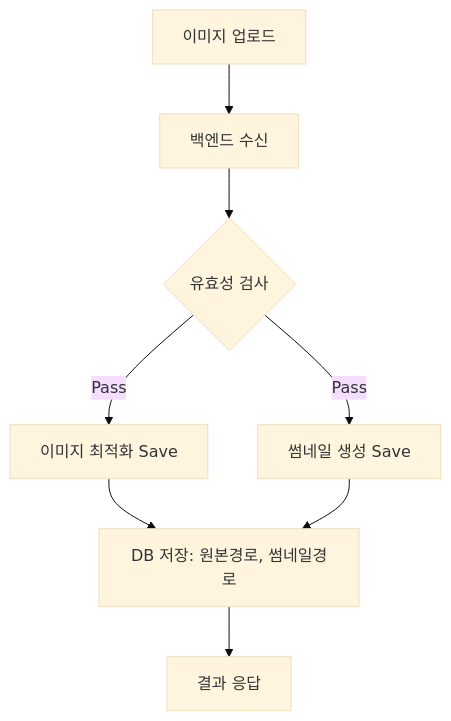
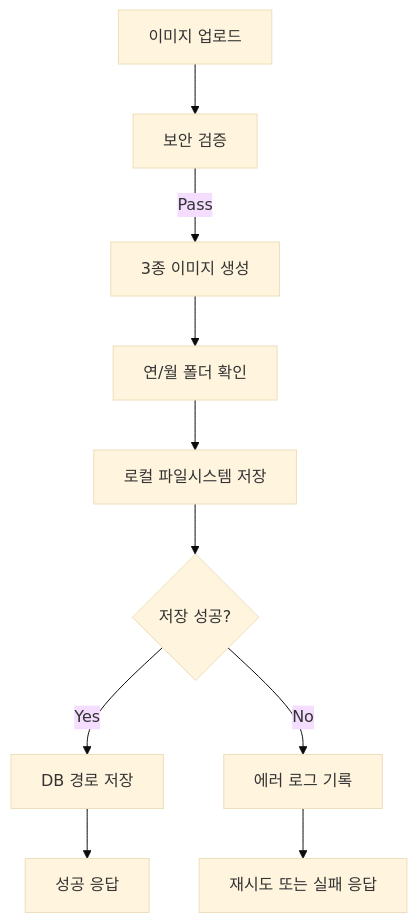
Before and after one commit to usermaum/Themoon: the diagram in Documents/Planning/IMAGE_OPTIMIZATION_PLAN.md, drawn with Mermaid (base theme). The commit also changed other lines of this file and 16 other files, not shown here.

Commit message:
feat: 이미지 최적화 및 계층형 로컬 저장 시스템 구현 (Phase 1)

````diff
--- a/Documents/Planning/IMAGE_OPTIMIZATION_PLAN.md
+++ b/Documents/Planning/IMAGE_OPTIMIZATION_PLAN.md
@@ -35,10 +200,12 @@
 ```mermaid
 graph TD
-    A[이미지 업로드] --> B[백엔드 수신]
-    B --> C{유효성 검사}
-    C -- Pass --> D[이미지 최적화 Save]
-    C -- Pass --> E[썸네일 생성 Save]
-    D --> F[DB 저장: 원본경로, 썸네일경로]
-    E --> F
-    F --> G[결과 응답]
+    A[이미지 업로드] --> B[보안 검증]
+    B -- Pass --> C[3종 이미지 생성]
+    C --> D[연/월 폴더 확인]
+    D --> E[로컬 파일시스템 저장]
+    E --> F{저장 성공?}
+    F -- Yes --> G[DB 경로 저장]
+    F -- No --> H[에러 로그 기록]
+    G --> I[성공 응답]
+    H --> J[재시도 또는 실패 응답]
 ```
````
